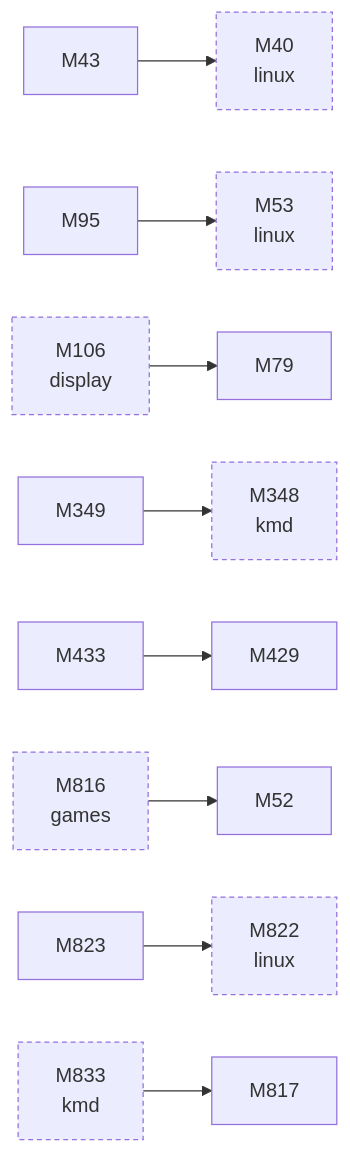
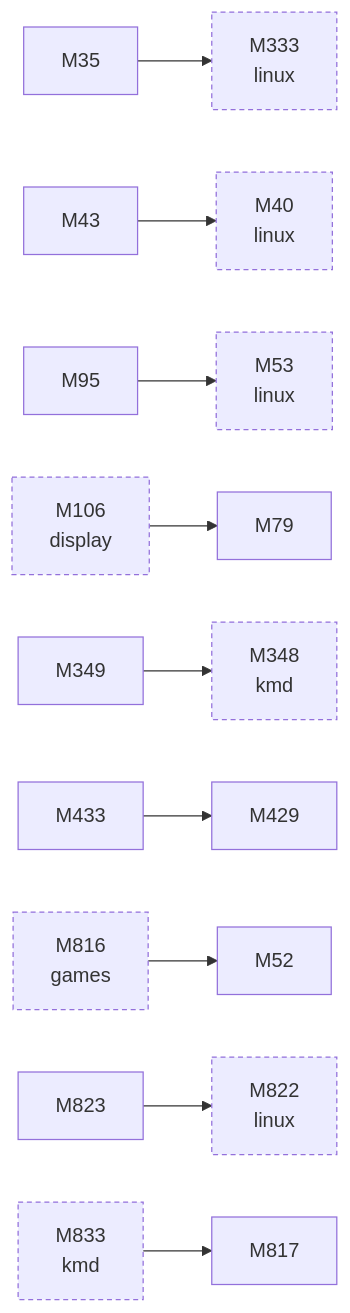
Before and after one commit to D-Ogi/amdgpu-wddm: the third of 3 diagrams in docs/facts/graphs/hardware.md, drawn with Mermaid. The commit also changed other lines of this file and 81 other files, not shown here.

````diff
--- a/docs/facts/graphs/hardware.md
+++ b/docs/facts/graphs/hardware.md
@@ -194,29 +195,32 @@
 ```mermaid
 flowchart LR
+  M35["M35"]
   M40["M40<br/>linux"]
   M43["M43"]
   M52["M52"]
   M53["M53<br/>linux"]
   M79["M79"]
   M95["M95"]
   M106["M106<br/>display"]
+  M333["M333<br/>linux"]
   M348["M348<br/>kmd"]
   M349["M349"]
   M429["M429"]
   M433["M433"]
   M816["M816<br/>games"]
   M817["M817"]
   M822["M822<br/>linux"]
   M823["M823"]
   M833["M833<br/>kmd"]
+  M35 --> M333
   M43 --> M40
   M95 --> M53
   M349 --> M348
   M433 --> M429
   M823 --> M822
   M833 --> M817
   M106 --> M79
   M816 --> M52
   classDef other stroke-dasharray:4 3
-  class M40,M53,M106,M348,M816,M822,M833 other
+  class M40,M53,M106,M333,M348,M816,M822,M833 other
 ```
````
